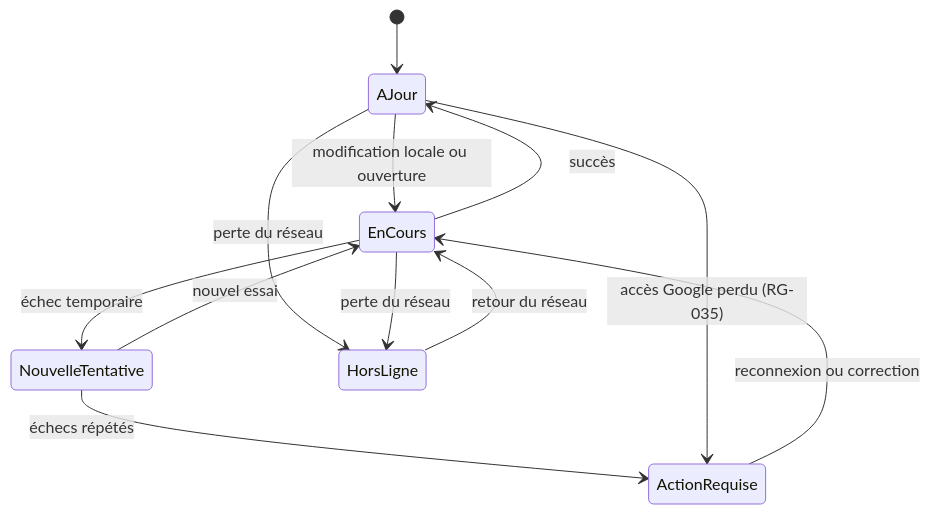
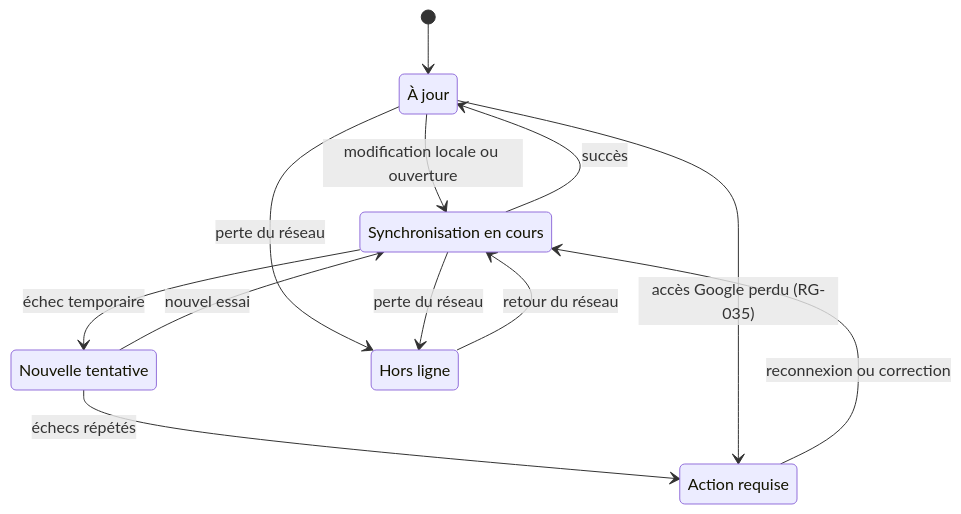
The fourth of 4 diagrams in docs/02-ux/parcours-utilisateurs.md (mathieublandin-create/taskapp), drawn with Mermaid before and after one commit. The commit also changed other lines of this file and 2 other files, not shown here.

````diff
--- a/docs/02-ux/parcours-utilisateurs.md
+++ b/docs/02-ux/parcours-utilisateurs.md
@@ -192,14 +196,19 @@
 ```mermaid
 stateDiagram-v2
+    state "À jour" as AJour
+    state "Synchronisation en cours" as EnCours
+    state "Nouvelle tentative" as NouvelleTentative
+    state "Hors ligne" as HorsLigne
+    state "Action requise" as ActionRequise
     [*] --> AJour
     AJour --> EnCours : modification locale ou ouverture
     EnCours --> AJour : succès
     EnCours --> NouvelleTentative : échec temporaire
     NouvelleTentative --> EnCours : nouvel essai
     NouvelleTentative --> ActionRequise : échecs répétés
     AJour --> HorsLigne : perte du réseau
     EnCours --> HorsLigne : perte du réseau
     HorsLigne --> EnCours : retour du réseau
     AJour --> ActionRequise : accès Google perdu (RG-035)
     ActionRequise --> EnCours : reconnexion ou correction
 ```
````
